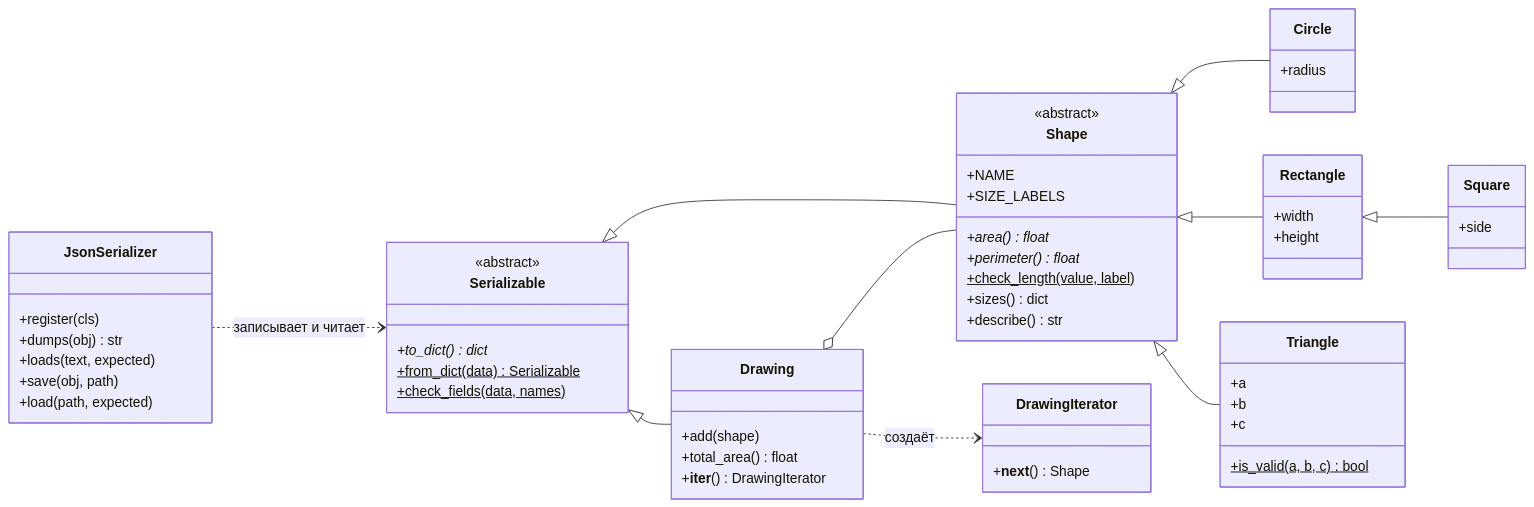
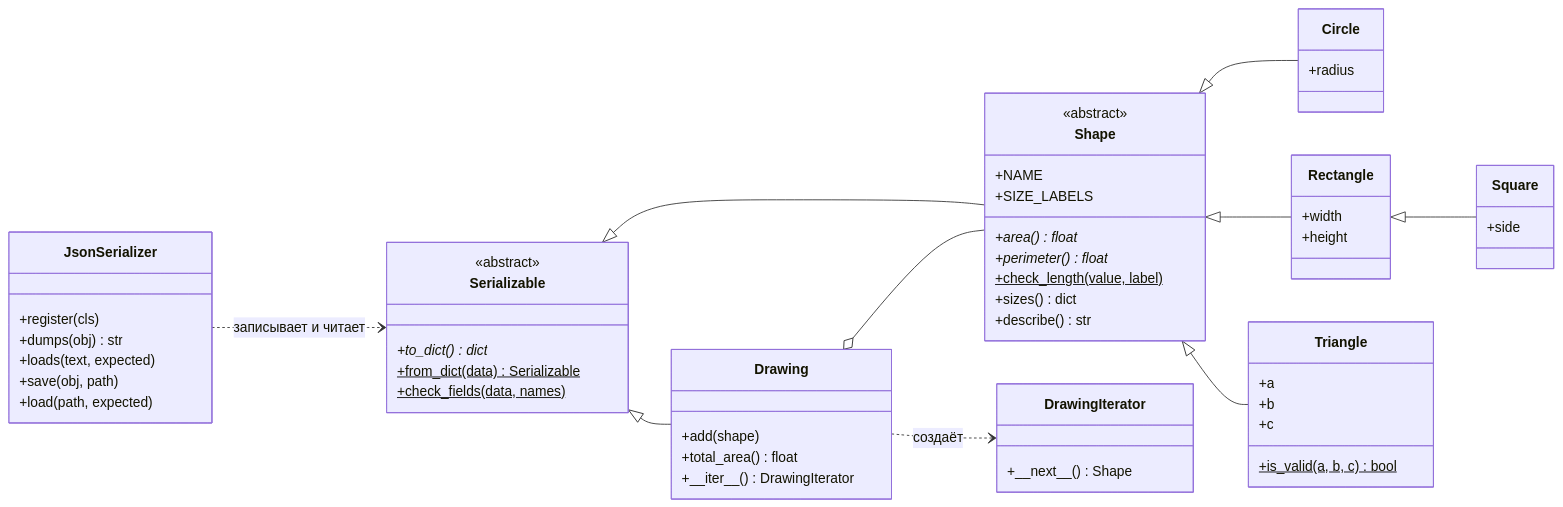
Before and after one commit to kyoug3n/mtp-lab-3: the diagram in README.md, drawn with Mermaid. The commit also changed other lines of this file, not shown here.

Commit message:
docs: показать __iter__ и __next__ на диаграмме классов без искажения разметкой

````diff
--- a/README.md
+++ b/README.md
@@ -67,60 +67,60 @@
 ```mermaid
 classDiagram
     direction LR
     class Serializable {
         <<abstract>>
         +to_dict() dict*
         +from_dict(data) Serializable$
         +check_fields(data, names)$
     }
     class Shape {
         <<abstract>>
         +NAME
         +SIZE_LABELS
         +area() float*
         +perimeter() float*
         +check_length(value, label)$
         +sizes() dict
         +describe() str
     }
     class Circle {
         +radius
     }
     class Rectangle {
         +width
         +height
     }
     class Square {
         +side
     }
     class Triangle {
         +a
         +b
         +c
         +is_valid(a, b, c) bool$
     }
     class Drawing {
         +add(shape)
         +total_area() float
-        +__iter__() DrawingIterator
+        +#95;#95;iter#95;#95;() DrawingIterator
     }
     class DrawingIterator {
-        +__next__() Shape
+        +#95;#95;next#95;#95;() Shape
     }
     class JsonSerializer {
         +register(cls)
         +dumps(obj) str
         +loads(text, expected)
         +save(obj, path)
         +load(path, expected)
     }
     Serializable <|-- Shape
     Serializable <|-- Drawing
     Shape <|-- Circle
     Shape <|-- Rectangle
     Rectangle <|-- Square
     Shape <|-- Triangle
     Drawing o-- Shape
     Drawing ..> DrawingIterator : создаёт
     JsonSerializer ..> Serializable : записывает и читает
 ```
````
